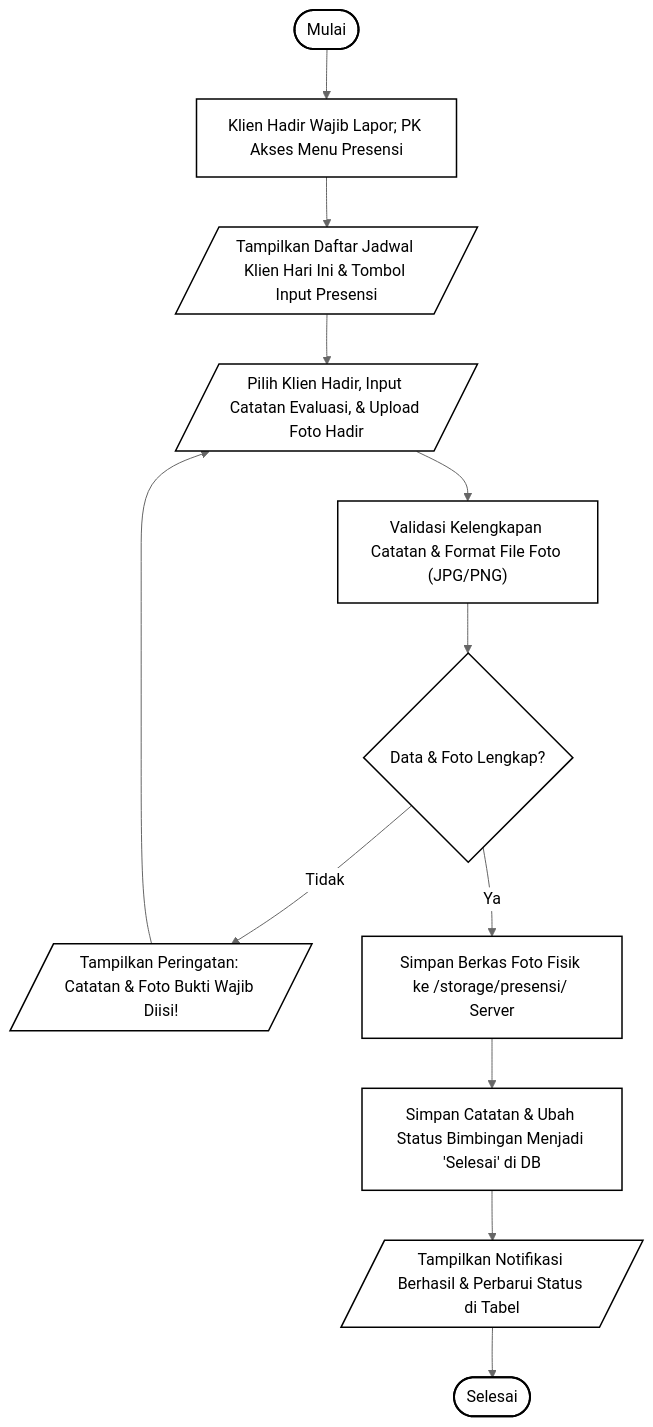
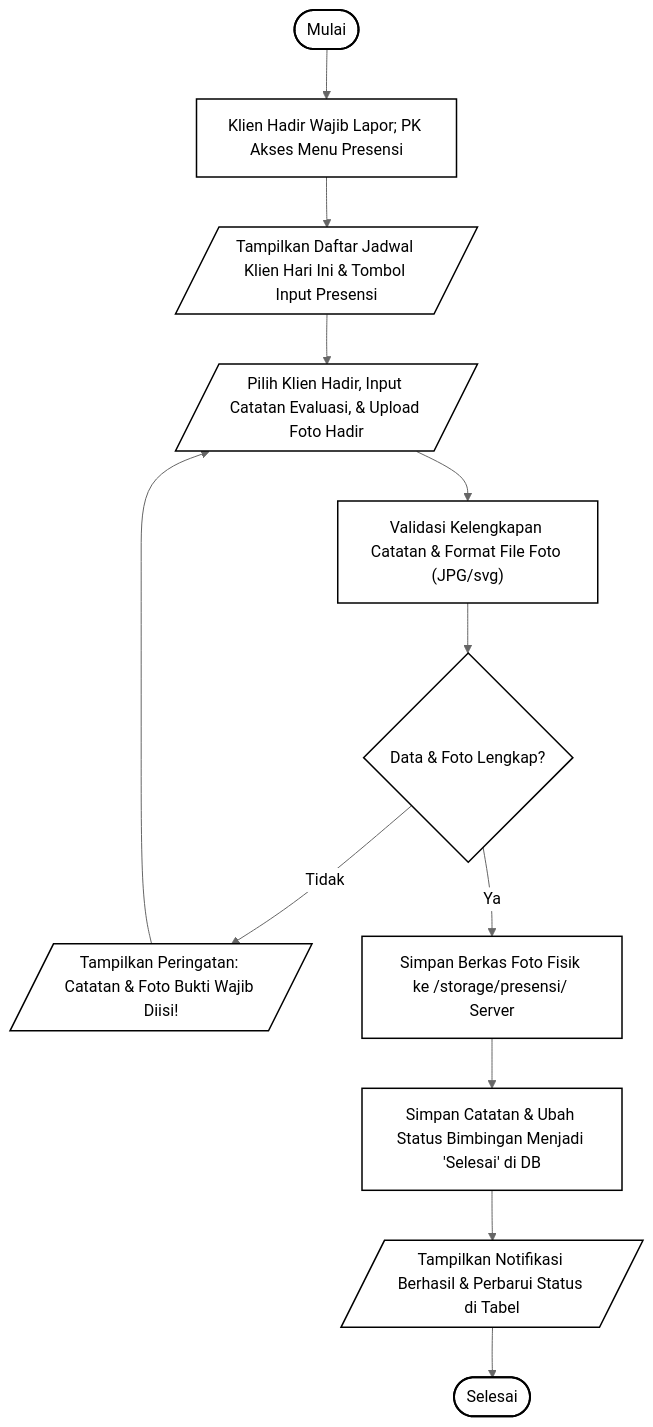
The eighth of 8 diagrams in diagram/flowchart_simba.md (hilyaaulia14/SIMBA), drawn with Mermaid (neutral theme) before and after one commit. The commit also changed 54 other files, not shown here.

````diff
--- a/diagram/flowchart_simba.md
+++ b/diagram/flowchart_simba.md
@@ -424,29 +424,29 @@
 ```mermaid
 flowchart TD
     classDef bw fill:#ffffff,stroke:#000000,stroke-width:1.5px,color:#000000;
     classDef term fill:#ffffff,stroke:#000000,stroke-width:2px,color:#000000;
 
     PRES_START(["Mulai"]):::term
     PRES_P1["Klien Hadir Wajib Lapor; PK Akses Menu Presensi"]:::bw
     PRES_OUT1[/"Tampilkan Daftar Jadwal Klien Hari Ini & Tombol Input Presensi"/]:::bw
     PRES_IN[/"Pilih Klien Hadir, Input Catatan Evaluasi, & Upload Foto Hadir"/]:::bw
-    PRES_P2["Validasi Kelengkapan Catatan & Format File Foto (JPG/PNG)"]:::bw
+    PRES_P2["Validasi Kelengkapan Catatan & Format File Foto (JPG/svg)"]:::bw
     PRES_D{"Data & Foto Lengkap?"}:::bw
     PRES_ERR[/"Tampilkan Peringatan: Catatan & Foto Bukti Wajib Diisi!"/]:::bw
     PRES_P3["Simpan Berkas Foto Fisik ke /storage/presensi/ Server"]:::bw
     PRES_P4["Simpan Catatan & Ubah Status Bimbingan Menjadi 'Selesai' di DB"]:::bw
     PRES_OUT_OK[/"Tampilkan Notifikasi Berhasil & Perbarui Status di Tabel"/]:::bw
     PRES_END(["Selesai"]):::term
 
     PRES_START --> PRES_P1
     PRES_P1 --> PRES_OUT1
     PRES_OUT1 --> PRES_IN
     PRES_IN --> PRES_P2
     PRES_P2 --> PRES_D
     PRES_D -- "Tidak" --> PRES_ERR
     PRES_ERR --> PRES_IN
     PRES_D -- "Ya" --> PRES_P3
     PRES_P3 --> PRES_P4
     PRES_P4 --> PRES_OUT_OK
     PRES_OUT_OK --> PRES_END
 ```
````
